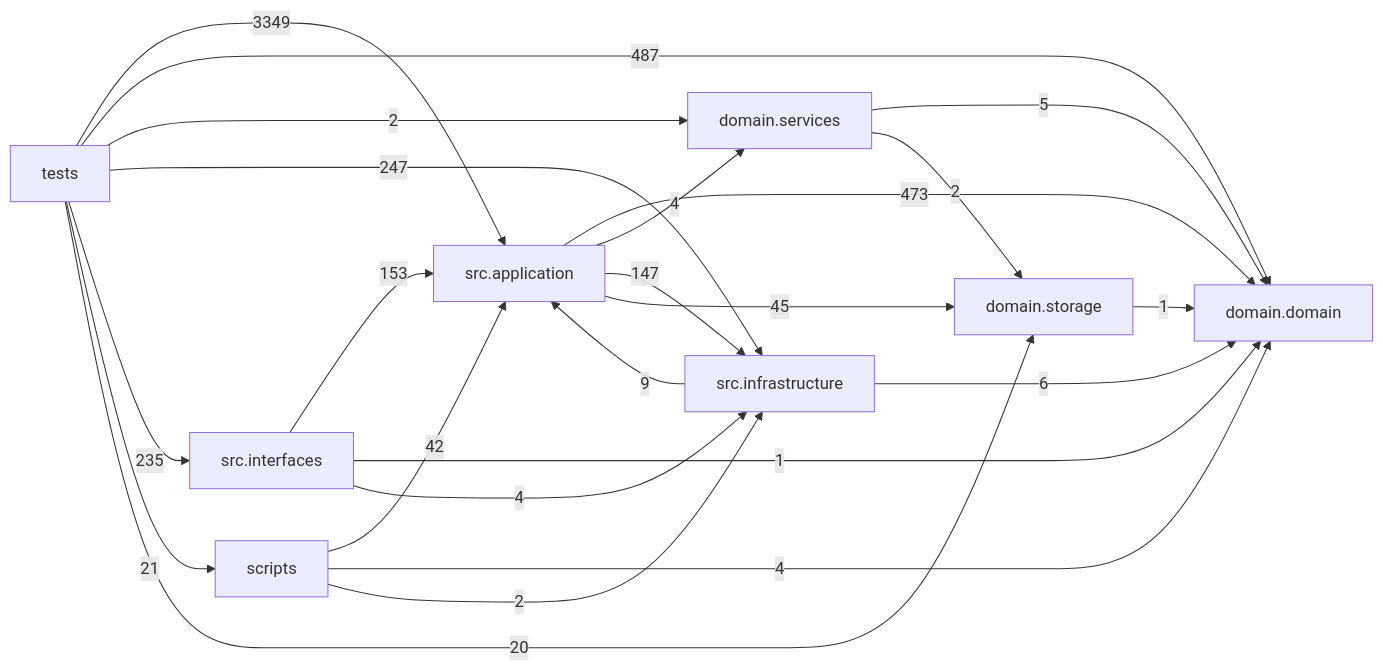
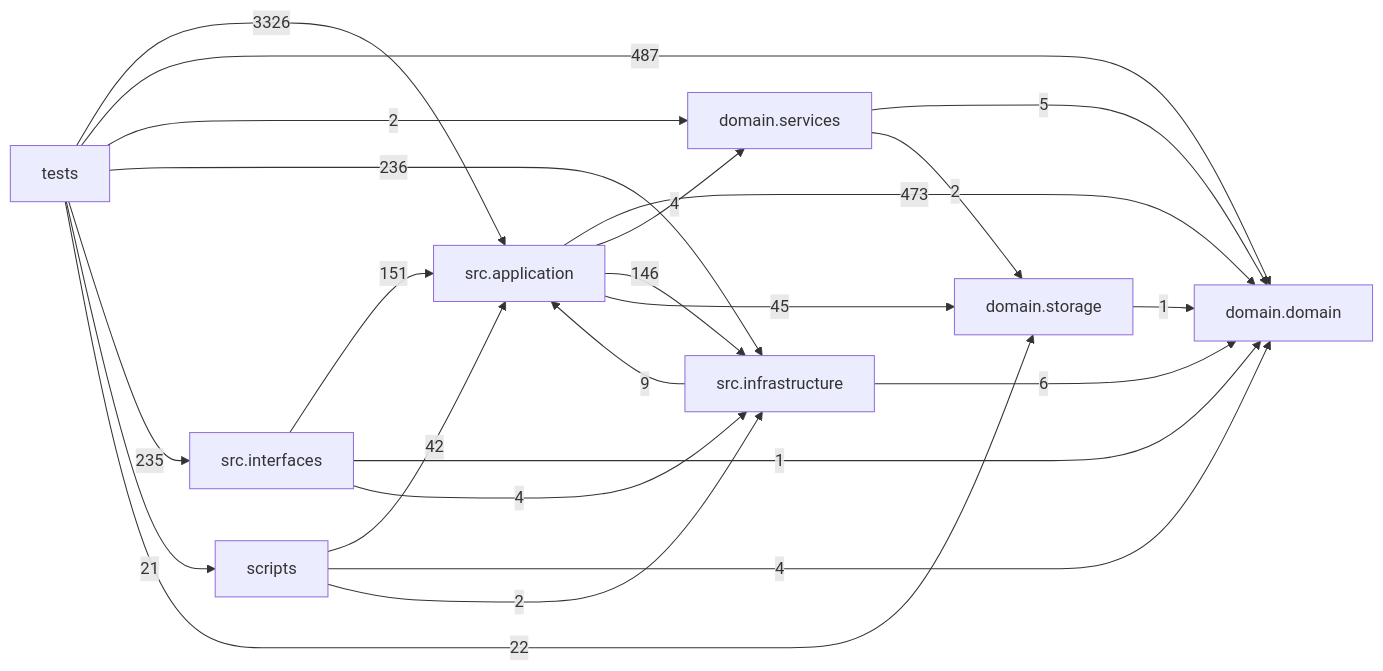
One commit to liuxie066/options-monitor changed the diagram in docs/DEPENDENCY_GRAPH.md. Above: the diagram before and after it, drawn with Mermaid. The commit also changed other lines of this file and 140 other files, not shown here.

````diff
--- a/docs/DEPENDENCY_GRAPH.md
+++ b/docs/DEPENDENCY_GRAPH.md
@@ -24,33 +24,33 @@
 ```mermaid
 flowchart LR
   tests["tests"]
   scripts["scripts"]
   interfaces["src.interfaces"]
   application["src.application"]
   infrastructure["src.infrastructure"]
   domain_services["domain.services"]
   domain["domain.domain"]
   storage["domain.storage"]
   application -->|473| domain
   application -->|4| domain_services
-  application -->|147| infrastructure
+  application -->|146| infrastructure
   application -->|45| storage
   domain_services -->|5| domain
   domain_services -->|2| storage
   infrastructure -->|9| application
   infrastructure -->|6| domain
-  interfaces -->|153| application
+  interfaces -->|151| application
   interfaces -->|1| domain
   interfaces -->|4| infrastructure
   scripts -->|42| application
   scripts -->|4| domain
   scripts -->|2| infrastructure
   storage -->|1| domain
-  tests -->|3349| application
+  tests -->|3326| application
   tests -->|487| domain
   tests -->|2| domain_services
-  tests -->|247| infrastructure
+  tests -->|236| infrastructure
   tests -->|235| interfaces
   tests -->|21| scripts
-  tests -->|20| storage
+  tests -->|22| storage
 ```
````
